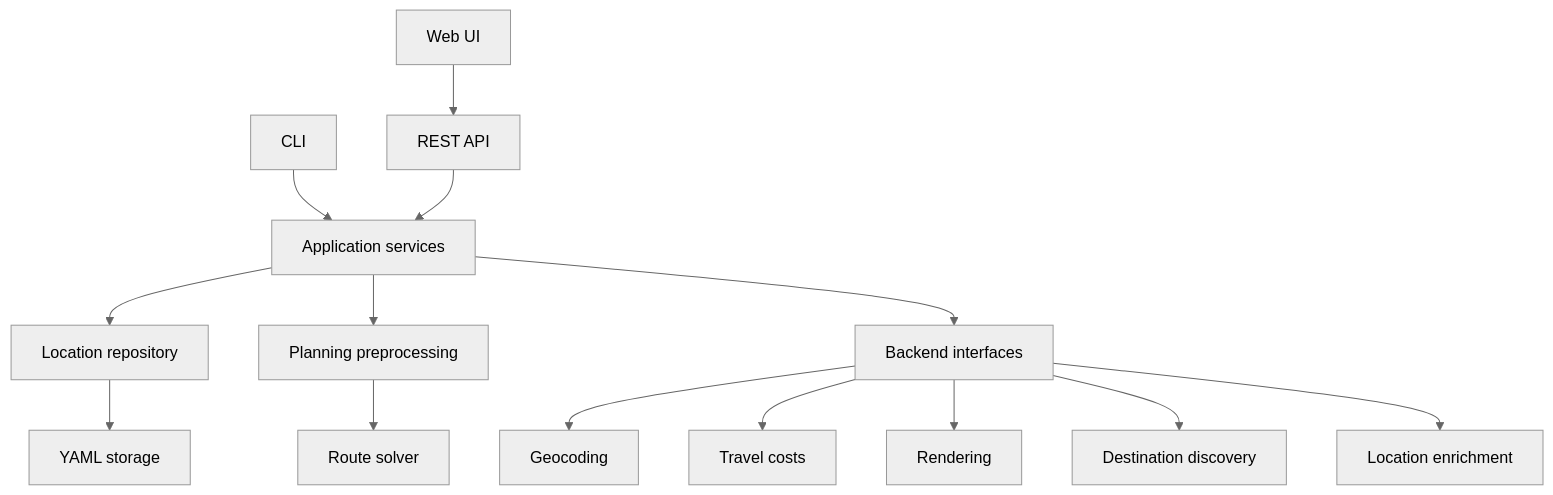
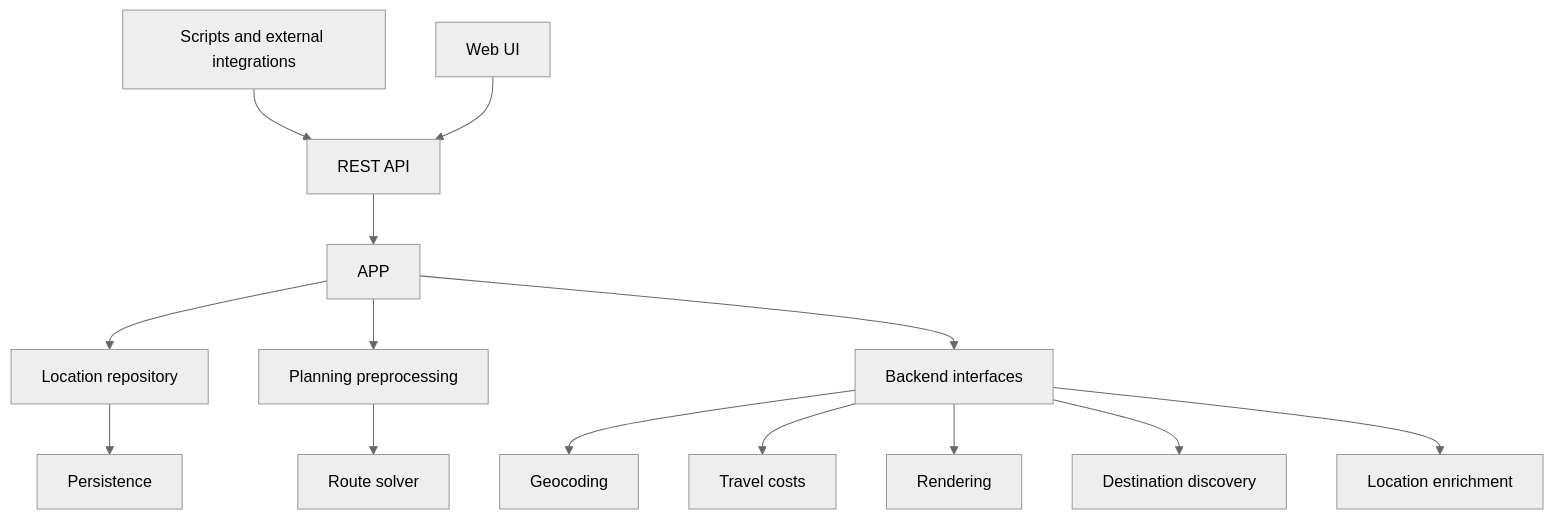
One commit to dondemaio/tourguide changed the diagram in ARCHITECTURE.md. Above: the diagram before and after it, drawn with Mermaid (neutral theme). The commit also changed other lines of this file, not shown here.

Commit message:
Make Web UI primary and document collaborative direction in ARCHITECTURE.md

````diff
--- a/ARCHITECTURE.md
+++ b/ARCHITECTURE.md
@@ -13,16 +13,16 @@
 ```mermaid
 flowchart TD
-    CLI[CLI] --> APP[Application services]
+    EXT[Scripts and external integrations] --> API[REST API]
     UI[Web UI] --> API[REST API]
     API --> APP
     APP --> LOC[Location repository]
     APP --> PRE[Planning preprocessing]
     PRE --> SOL[Route solver]
     APP --> BACK[Backend interfaces]
     BACK --> GEO[Geocoding]
     BACK --> COST[Travel costs]
     BACK --> RENDER[Rendering]
     BACK --> DISC[Destination discovery]
     BACK --> ENRICH[Location enrichment]
-    LOC --> STORE[YAML storage]
+    LOC --> STORE[Persistence]
 ```
````
